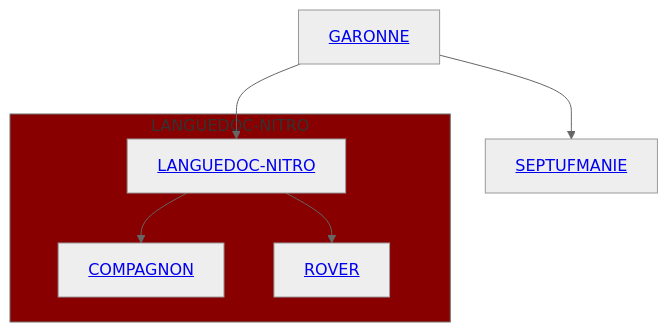
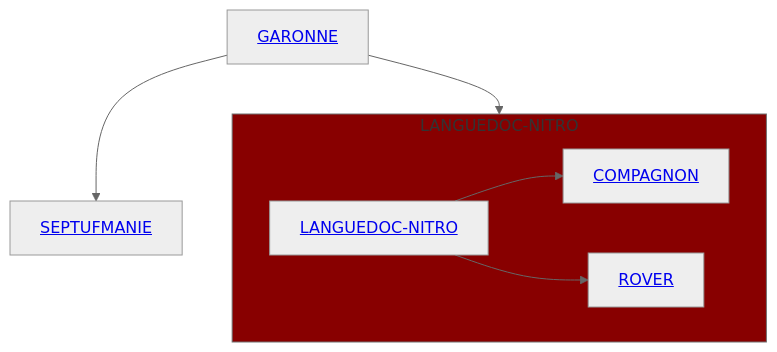
One commit to Septimania/septimania changed the diagram in README.md. Above: the diagram before and after it, drawn with Mermaid (neutral theme).

````diff
--- a/README.md
+++ b/README.md
@@ -121,11 +121,13 @@
 ```mermaid
   graph TD
-      A["<a href="https://synologygaronne.wixsite.com/synologygaronne">GARONNE</a>"] --> B["<a href="https://languedocnitro.wixsite.com/languedoc-nitro">LANGUEDOC-NITRO</a>"]
+      A["<a href="https://synologygaronne.wixsite.com/synologygaronne">GARONNE</a>"]
       subgraph NITRO [LANGUEDOC-NITRO]
+      B["<a href="https://languedocnitro.wixsite.com/languedoc-nitro">LANGUEDOC-NITRO</a>"]
       B --> C["<a href="https://languedocnitro.wixsite.com/compagnon">COMPAGNON</a>"]
       B --> D["<a href="https://languedocnitro.wixsite.com/rover">ROVER</a>"]
       end
+      A --> NITRO
       A --> E["<a href="https://septufmanie.wixsite.com/septufmanie">SEPTUFMANIE</a>"]
 
       style NITRO fill:#800
 ```
````
